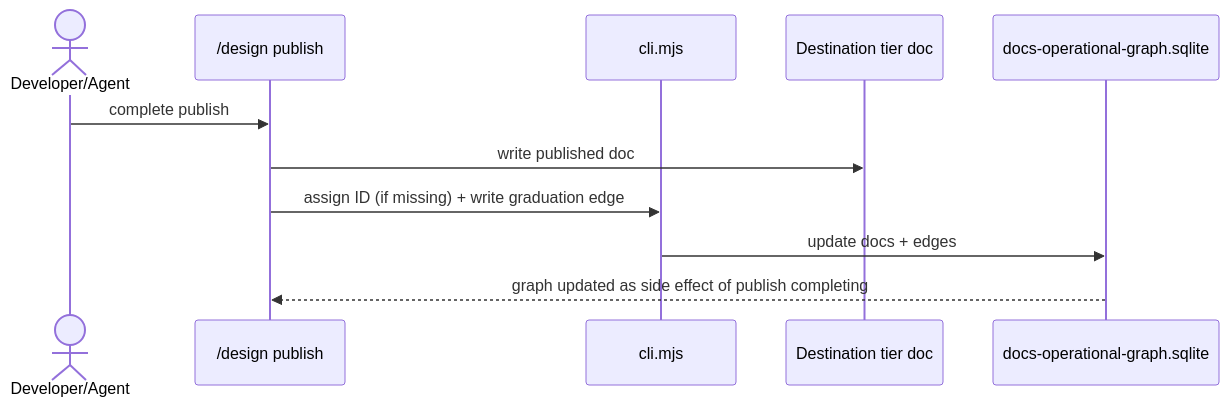
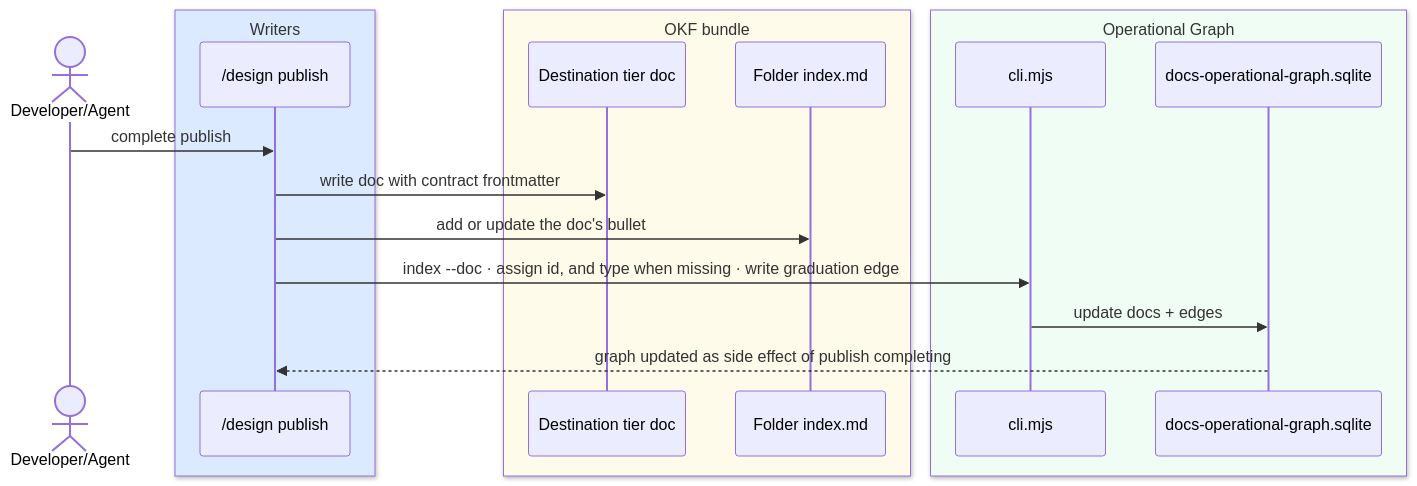
Before and after one commit to DataArt/artisyn-implementation-harness: the fifth of 7 diagrams in docs/Harness/07 Operational Graph/01 Ops Model.md, drawn with Mermaid. The commit also changed other lines of this file and 372 other files, not shown here.

First line of the commit message:
feat(harness): okf-compatible knowledge base with og scope guard, schema v1, migrate and check (4.2.0) (#23)

````diff
--- a/docs/Harness/07 Operational Graph/01 Ops Model.md
+++ b/docs/Harness/07 Operational Graph/01 Ops Model.md
@@ -165,14 +241,22 @@
 ```mermaid
 sequenceDiagram
     actor Dev as Developer/Agent
-    participant Pub as /design publish
-    participant Script as cli.mjs
-    participant Tier as Destination tier doc
-    participant DB as docs-operational-graph.sqlite
+    box rgb(219,234,254) Writers
+        participant Pub as /design publish
+    end
+    box rgb(255,251,235) OKF bundle
+        participant Tier as Destination tier doc
+        participant Idx as Folder index.md
+    end
+    box rgb(240,253,244) Operational Graph
+        participant Script as cli.mjs
+        participant DB as docs-operational-graph.sqlite
+    end
 
     Dev->>Pub: complete publish
-    Pub->>Tier: write published doc
-    Pub->>Script: assign ID (if missing) + write graduation edge
+    Pub->>Tier: write doc with contract frontmatter
+    Pub->>Idx: add or update the doc's bullet
+    Pub->>Script: index --doc · assign id, and type when missing · write graduation edge
     Script->>DB: update docs + edges
     DB-->>Pub: graph updated as side effect of publish completing
 ```
````
